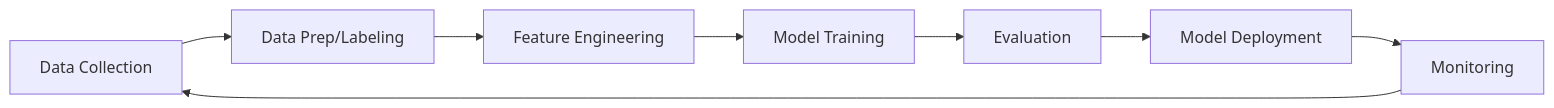
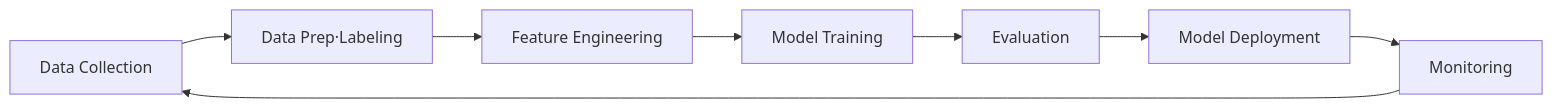
One commit to cloudpickr/cloudpick-docs changed the diagram in src/content/docs/en/ai/ai-ml.md. Above: the diagram before and after it, drawn with Mermaid. The commit also changed 29 other files, not shown here.

First line of the commit message:
fix: Mermaid 전수조사 — 노드 라벨 슬래시 13건 수정 (ko/en/ja)

````diff
--- a/src/content/docs/en/ai/ai-ml.md
+++ b/src/content/docs/en/ai/ai-ml.md
@@ -117,10 +117,10 @@
 ```mermaid
 graph LR
-    A[Data Collection] --> B[Data Prep/Labeling]
+    A[Data Collection] --> B[Data Prep·Labeling]
     B --> C[Feature Engineering]
     C --> D[Model Training]
     D --> E[Evaluation]
     E --> F[Model Deployment]
     F --> G[Monitoring]
     G --> A
 ```
````
